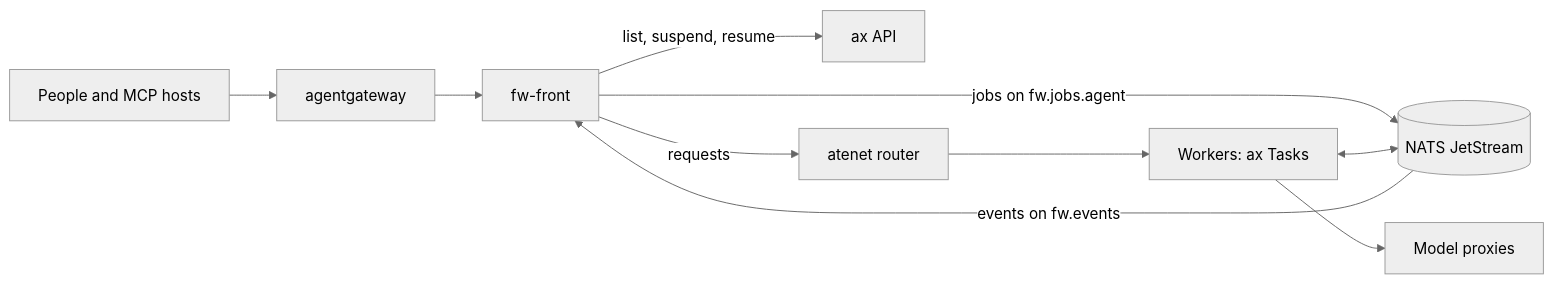
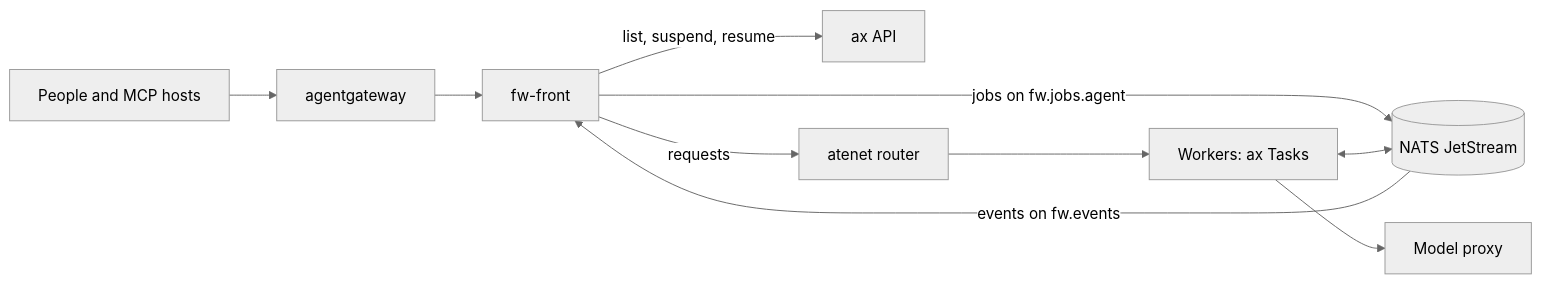
One commit to bdubs00/featherweight-docs changed the diagram in docs/deployment/fleet.md. Above: the diagram before and after it, drawn with Mermaid (neutral theme). The commit also changed other lines of this file and 16 other files, not shown here.

````diff
--- a/docs/deployment/fleet.md
+++ b/docs/deployment/fleet.md
@@ -7,11 +7,11 @@
 ```mermaid
 flowchart LR
   P[People and MCP hosts] --> G[agentgateway]
   G --> F[fw-front]
   F -- jobs on fw.jobs.agent --> N[(NATS JetStream)]
   N -- events on fw.events --> F
   W[Workers: ax Tasks] <--> N
   F -- list, suspend, resume --> A[ax API]
   F -- requests --> R[atenet router] --> W
-  W --> M[Model proxies]
+  W --> M[Model proxy]
 ```
````
